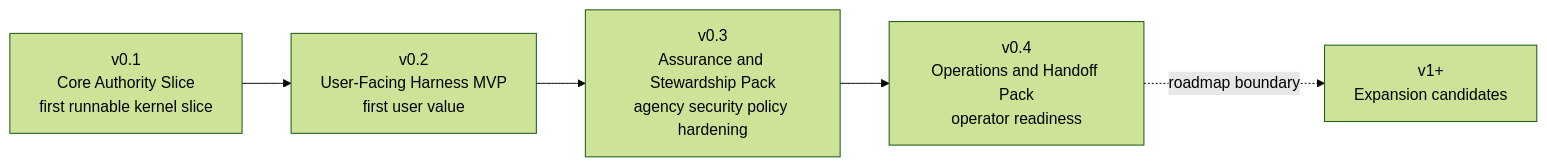
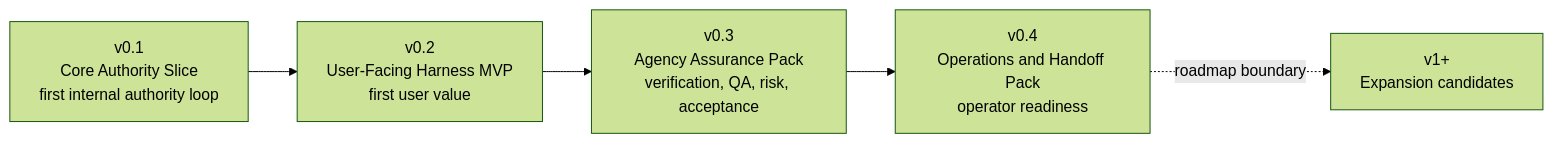
The first of 2 diagrams in docs/en/build/mvp-plan.md (minjungw00/Harness_Project), drawn with Mermaid (forest theme) before and after one commit. The commit also changed other lines of this file and 47 other files, not shown here.

Commit message:
docs: rename stages around authority slice and user MVP

````diff
--- a/docs/en/build/mvp-plan.md
+++ b/docs/en/build/mvp-plan.md
@@ -47,7 +47,7 @@
 ```mermaid
 flowchart LR
-  Core["v0.1<br/>Core Authority Slice<br/>first runnable kernel slice"] --> MVP["v0.2<br/>User-Facing Harness MVP<br/>first user value"]
-  MVP --> Assurance["v0.3<br/>Assurance and Stewardship Pack<br/>agency security policy hardening"]
+  Core["v0.1<br/>Core Authority Slice<br/>first internal authority loop"] --> MVP["v0.2<br/>User-Facing Harness MVP<br/>first user value"]
+  MVP --> Assurance["v0.3<br/>Agency Assurance Pack<br/>verification, QA, risk, acceptance"]
   Assurance --> Ops["v0.4<br/>Operations and Handoff Pack<br/>operator readiness"]
   Ops -. roadmap boundary .-> Expansion["v1+<br/>Expansion candidates"]
 ```
````
